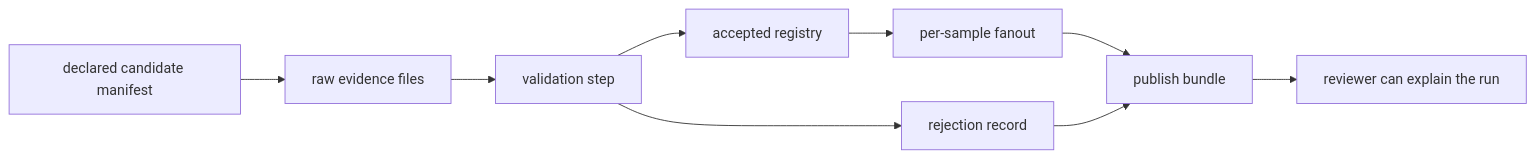
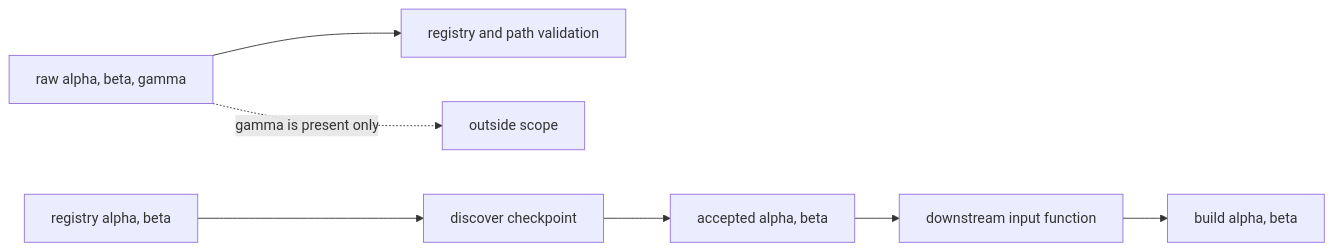
Before and after one commit to bijux/bijux-masterclass: the second of 2 diagrams in programs/reproducible-research/deep-dive-snakemake/course-book/module-02-dynamic-dags-discovery-integrity/worked-example-making-checkpoint-discovery-reviewable.md, drawn with Mermaid. The commit also changed other lines of this file, not shown here.

````diff
--- a/programs/reproducible-research/deep-dive-snakemake/course-book/module-02-dynamic-dags-discovery-integrity/worked-example-making-checkpoint-discovery-reviewable.md
+++ b/programs/reproducible-research/deep-dive-snakemake/course-book/module-02-dynamic-dags-discovery-integrity/worked-example-making-checkpoint-discovery-reviewable.md
@@ -455,11 +191,9 @@
 ```mermaid
 flowchart LR
-  manifest["declared candidate manifest"] --> raw["raw evidence files"]
-  raw --> validate["validation step"]
-  validate --> accepted["accepted registry"]
-  validate --> rejected["rejection record"]
-  accepted --> fanout["per-sample fanout"]
-  fanout --> publish["publish bundle"]
-  rejected --> publish
-  publish --> review["reviewer can explain the run"]
+  raw["raw alpha, beta, gamma"] --> validation["registry and path validation"]
+  registry["registry alpha, beta"] --> checkpoint["discover checkpoint"]
+  checkpoint --> accepted["accepted alpha, beta"]
+  accepted --> inputfn["downstream input function"]
+  inputfn --> outputs["build alpha, beta"]
+  raw -.gamma is present only.-> outside["outside scope"]
 ```
````
